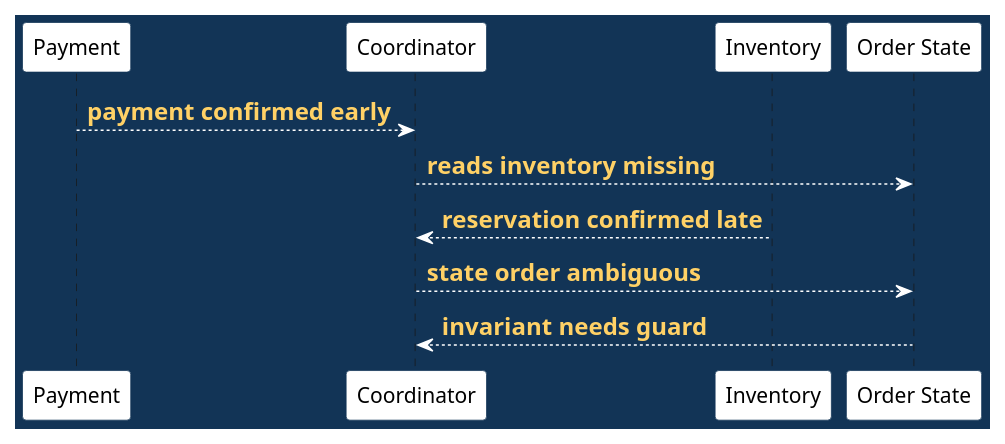
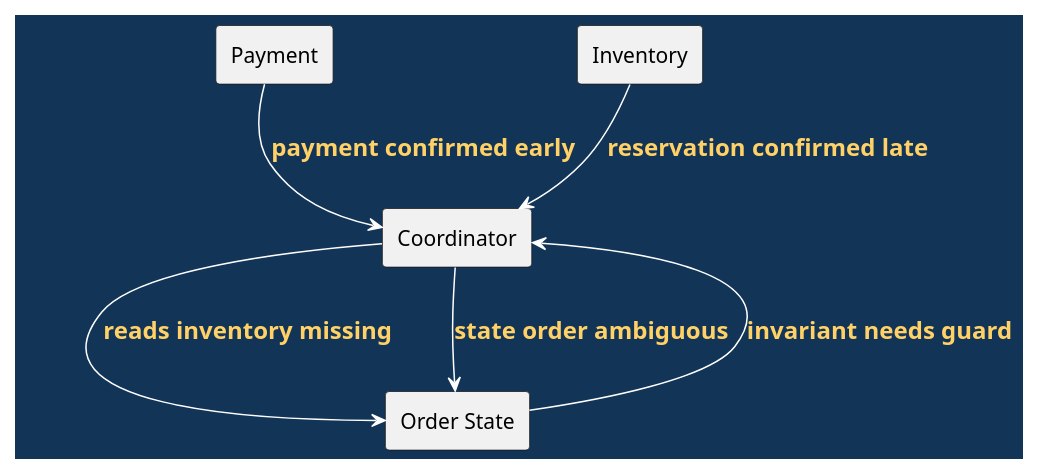
One commit to madajaju/CS5254 changed the tenth of 16 diagrams in doc/lectures/week5/coordination_patterns/README.slides.adoc. Above: the diagram before and after it, drawn with PlantUML. The commit also changed other lines of this file and 74 other files, not shown here.

```diff
--- a/doc/lectures/week5/coordination_patterns/README.slides.adoc
+++ b/doc/lectures/week5/coordination_patterns/README.slides.adoc
@@ -348,28 +348,28 @@
 [plantuml,width=100%]
 ----
 @startuml
 skinparam BackgroundColor #123456
 skinparam DefaultFontColor black
 skinparam ArrowColor white
 skinparam ArrowFontColor #ffd166
 skinparam ArrowFontStyle bold
 skinparam ArrowFontSize 16
 skinparam shadowing false
 skinparam LifeLineBorderColor white
 skinparam LifeLineBackgroundColor white
 skinparam ParticipantBorderColor #123456
 skinparam ParticipantBackgroundColor white
 skinparam ParticipantFontColor black
 
-participant "Payment" as P
-participant "Coordinator" as C
-participant "Inventory" as I
-participant "Order State" as O
+rectangle "Payment" as P
+rectangle "Coordinator" as C
+rectangle "Inventory" as I
+rectangle "Order State" as O
 
 P --> C : payment confirmed early
 C --> O : reads inventory missing
 I --> C : reservation confirmed late
 C --> O : state order ambiguous
 O --> C : invariant needs guard
 @enduml
 ----
```
